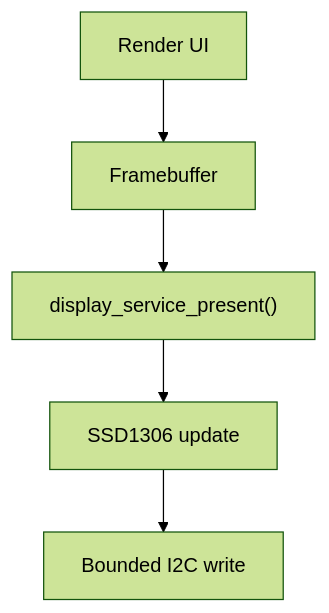
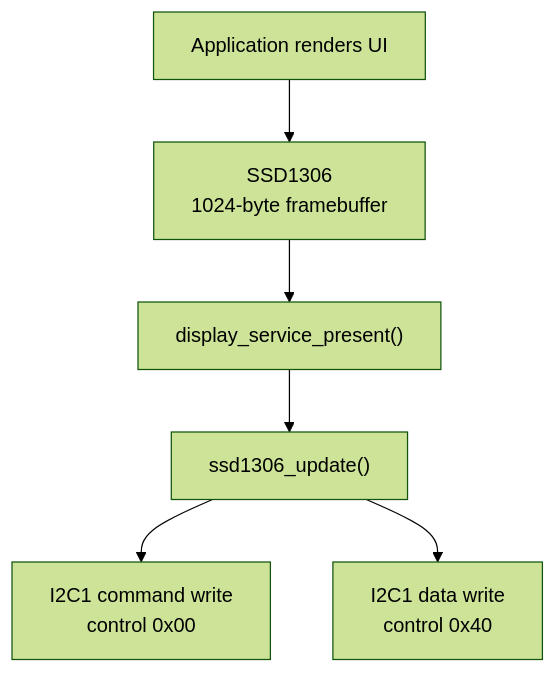
The diagram in 06-i2c-display/README.md (haikevins/stm32f1-spl-procedural-baremetal), drawn with Mermaid (forest theme) before and after one commit. The commit also changed 16 other files, not shown here.

````diff
--- a/06-i2c-display/README.md
+++ b/06-i2c-display/README.md
@@ -75,7 +75,8 @@
 ```mermaid
 flowchart TB
-    APP["Render UI"] --> FB["Framebuffer"]
+    APP["Application renders UI"] --> FB["SSD1306<br/>1024-byte framebuffer"]
     FB --> PRESENT["display_service_present()"]
-    PRESENT --> SSD["SSD1306 update"]
-    SSD --> I2C["Bounded I2C write"]
+    PRESENT --> UPDATE["ssd1306_update()"]
+    UPDATE --> CMD["I2C1 command write<br/>control 0x00"]
+    UPDATE --> DATA["I2C1 data write<br/>control 0x40"]
 ```
````
